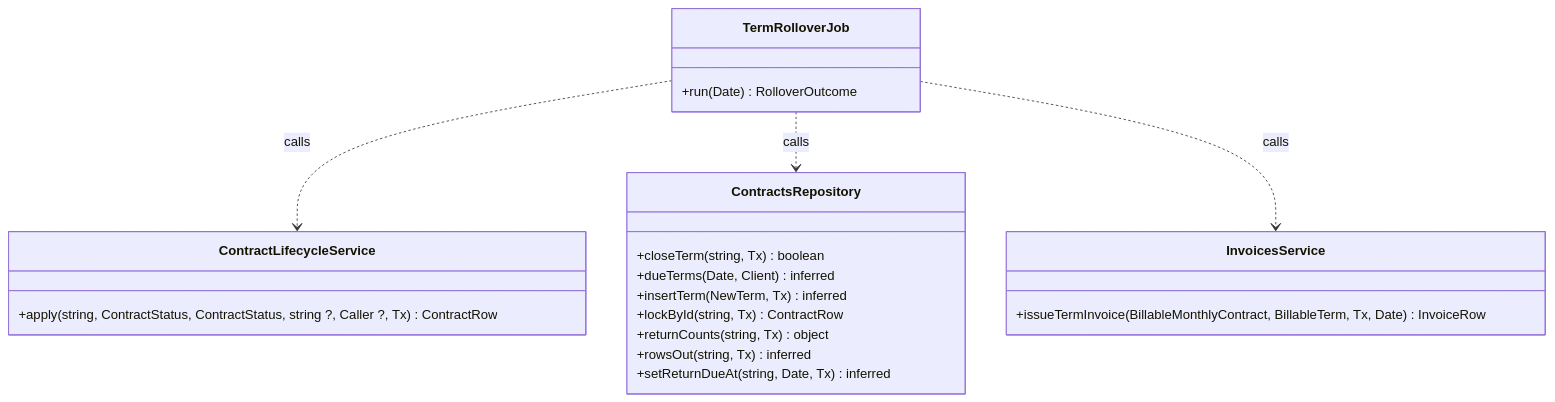
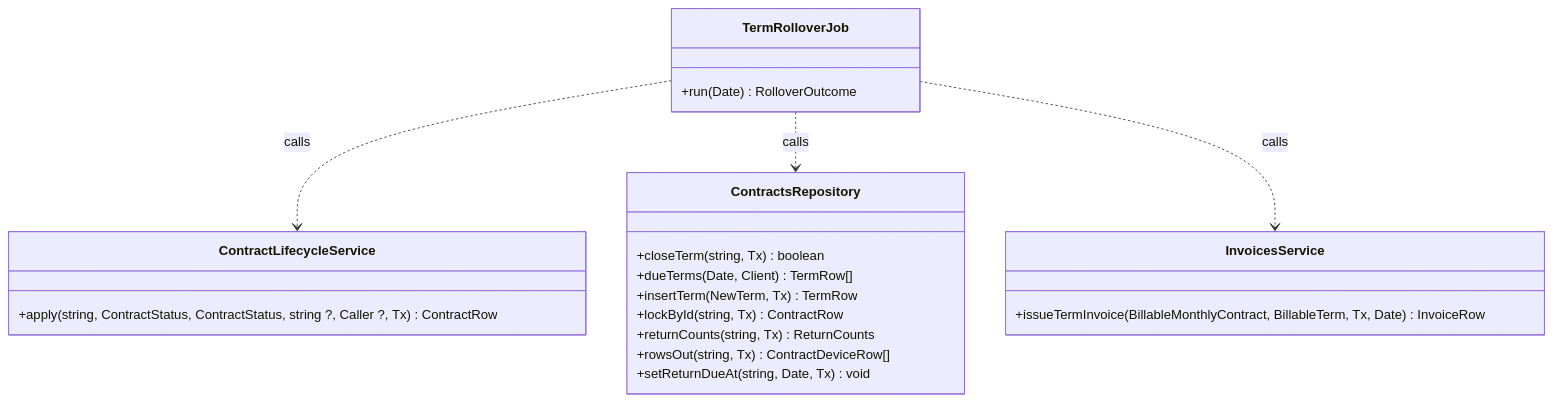
Before and after one commit to TrekLink-Team/treklink-web: diagram 15 of 29 in specs/rentals/design.md, drawn with Mermaid. The commit also changed other lines of this file and 2 other files, not shown here.

First line of the commit message:
docs: UC-24 renewal only, no opt blocks, named return types (review of #113)

````diff
--- a/specs/rentals/design.md
+++ b/specs/rentals/design.md
@@ -559,25 +559,25 @@
 ```mermaid
 classDiagram
     direction TB
     class TermRolloverJob {
         +run(Date) RolloverOutcome
     }
     class ContractsRepository {
         +closeTerm(string, Tx) boolean
-        +dueTerms(Date, Client) inferred
-        +insertTerm(NewTerm, Tx) inferred
+        +dueTerms(Date, Client) TermRow[]
+        +insertTerm(NewTerm, Tx) TermRow
         +lockById(string, Tx) ContractRow
-        +returnCounts(string, Tx) object
-        +rowsOut(string, Tx) inferred
-        +setReturnDueAt(string, Date, Tx) inferred
+        +returnCounts(string, Tx) ReturnCounts
+        +rowsOut(string, Tx) ContractDeviceRow[]
+        +setReturnDueAt(string, Date, Tx) void
     }
     class ContractLifecycleService {
         +apply(string, ContractStatus, ContractStatus, string ?, Caller ?, Tx) ContractRow
     }
     class InvoicesService {
         +issueTermInvoice(BillableMonthlyContract, BillableTerm, Tx, Date) InvoiceRow
     }
     TermRolloverJob ..> ContractLifecycleService : calls
     TermRolloverJob ..> ContractsRepository : calls
     TermRolloverJob ..> InvoicesService : calls
 ```
````
